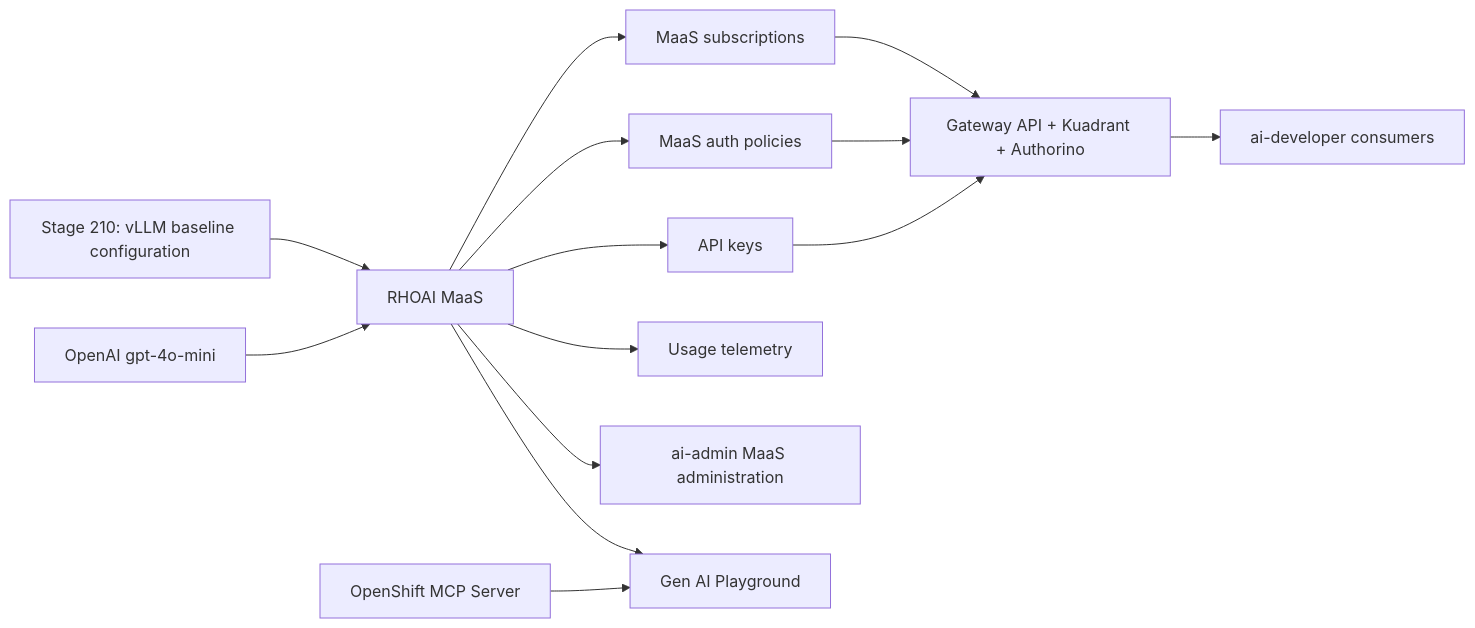
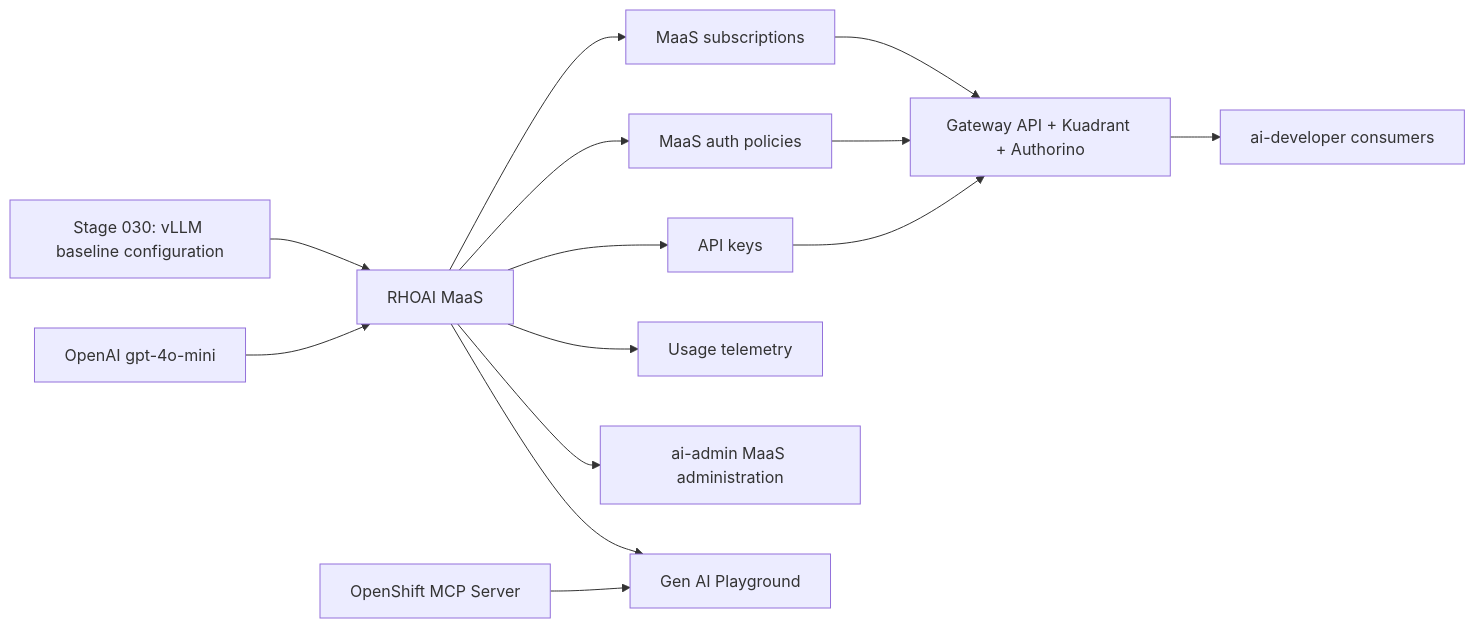
One commit to adnan-drina/rhoai3-coding-demo changed the diagram in stages/040-governed-models-as-a-service/README.md. Above: the diagram before and after it, drawn with Mermaid. The commit also changed other lines of this file and 133 other files, not shown here.

````diff
--- a/stages/040-governed-models-as-a-service/README.md
+++ b/stages/040-governed-models-as-a-service/README.md
@@ -32,16 +32,16 @@
 ```mermaid
 flowchart LR
-  previous["Stage 210: vLLM baseline configuration"] --> maas["RHOAI MaaS"]
+  previous["Stage 030: vLLM baseline configuration"] --> maas["RHOAI MaaS"]
   openai["OpenAI gpt-4o-mini"] --> maas
   maas --> sub["MaaS subscriptions"]
   maas --> auth["MaaS auth policies"]
   maas --> keys["API keys"]
   maas --> obs["Usage telemetry"]
   sub --> gateway["Gateway API + Kuadrant + Authorino"]
   auth --> gateway
   keys --> gateway
   gateway --> users["ai-developer consumers"]
   maas --> admin["ai-admin MaaS administration"]
   maas --> playground["Gen AI Playground"]
   mcp["OpenShift MCP Server"] --> playground
 ```
````
